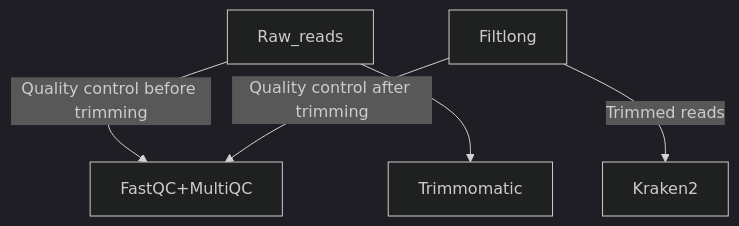
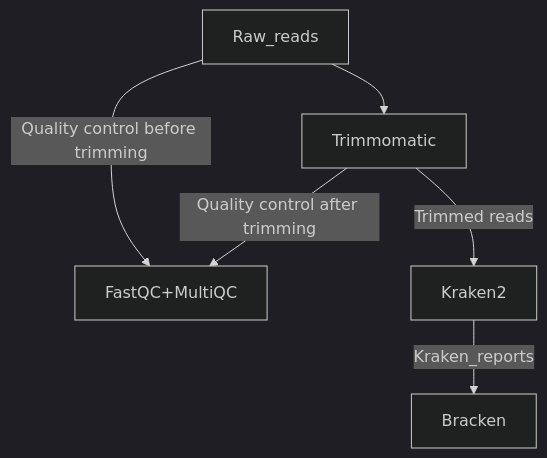
One commit to mariondutkiewicz/THIMBLE changed the diagram in README.md. Above: the diagram before and after it, drawn with Mermaid (dark theme).

````diff
--- a/README.md
+++ b/README.md
@@ -7,9 +7,11 @@
 ```mermaid
 flowchart TD
     Raw_reads -- "Quality control before trimming" --> FastQC+MultiQC
     Raw_reads --> Trimmomatic
 
-    Filtlong -- "Quality control after trimming" --> FastQC+MultiQC
-    Filtlong -- "Trimmed reads" --> Kraken2
+    Trimmomatic -- "Quality control after trimming" --> FastQC+MultiQC
+    Trimmomatic -- "Trimmed reads" --> Kraken2
+
+    Kraken2 -- "Kraken_reports" --> Bracken
     
 ```
````
